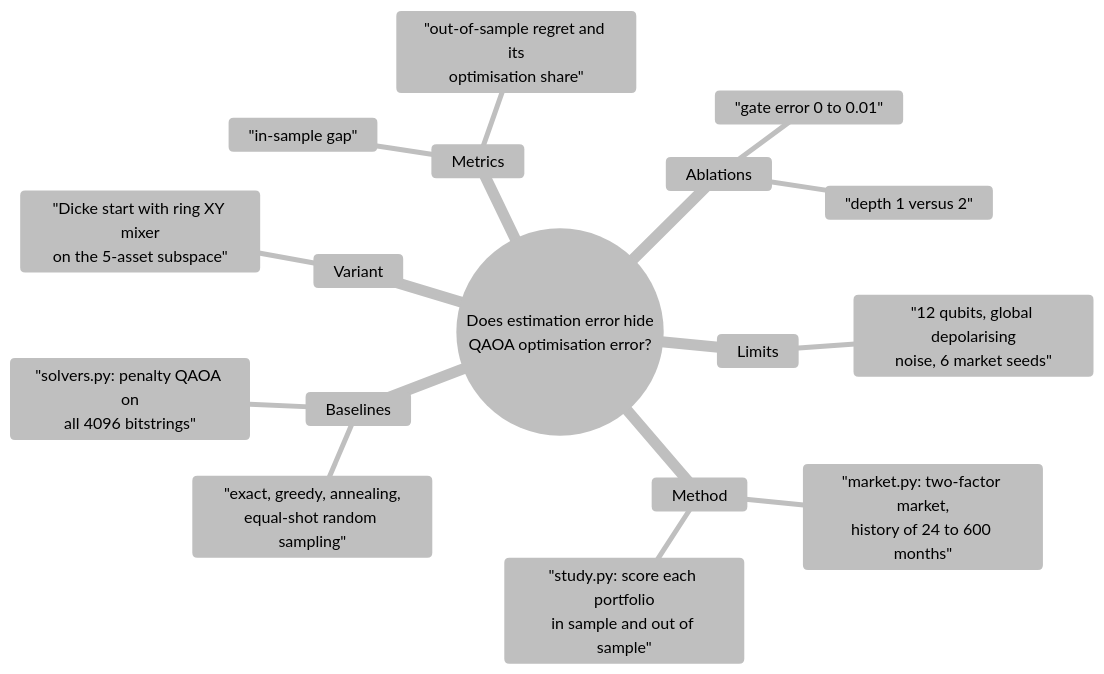
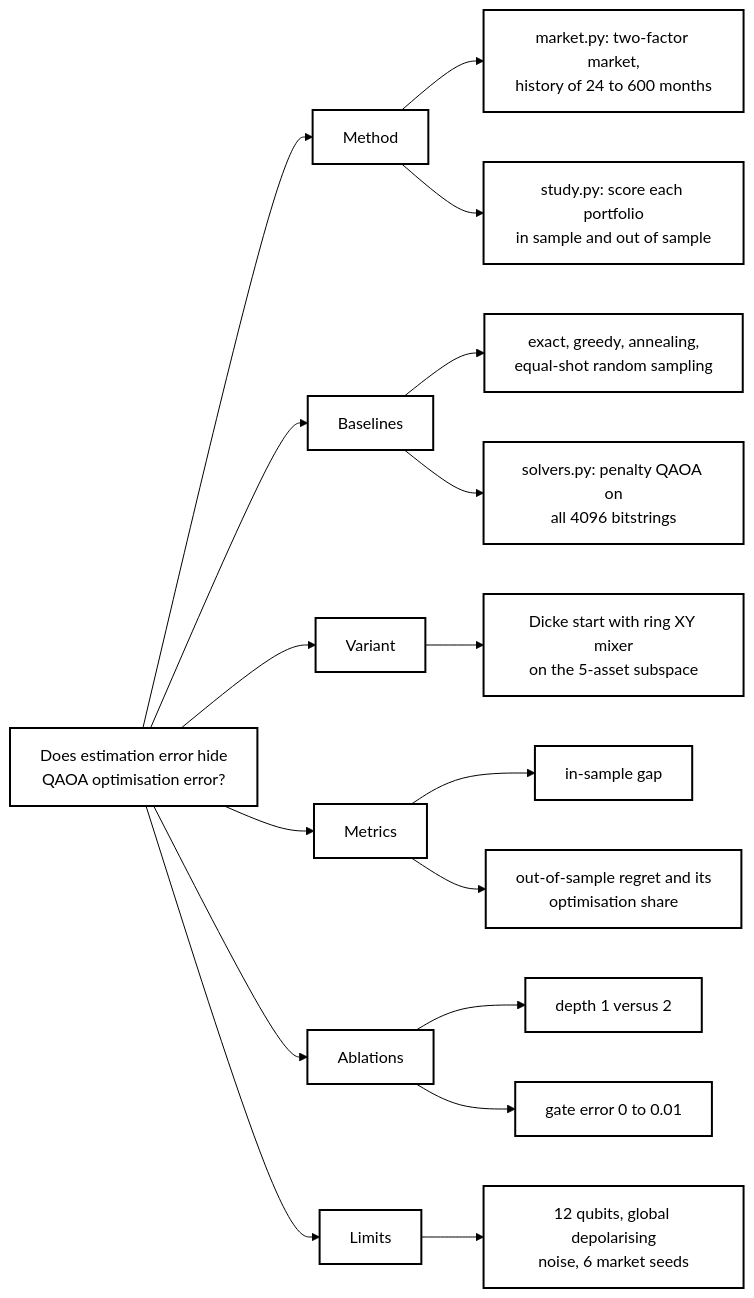
One commit to pradeepdegalaroyal/portfolio-qaoa-estimation-error-floor changed the diagram in README.md. Above: the diagram before and after it, drawn with Mermaid.

Commit message:
Method diagram: use a flowchart so GitHub renders it

````diff
--- a/README.md
+++ b/README.md
@@ -25,21 +25,39 @@
 ```mermaid
 %%{init: {'theme': 'base', 'themeVariables': {'primaryColor': '#ffffff', 'primaryTextColor': '#000000', 'primaryBorderColor': '#000000', 'lineColor': '#000000', 'secondaryColor': '#ffffff', 'tertiaryColor': '#ffffff', 'background': '#ffffff', 'noteBkgColor': '#ffffff', 'noteTextColor': '#000000', 'actorBkg': '#ffffff', 'actorBorder': '#000000', 'actorTextColor': '#000000', 'signalColor': '#000000', 'signalTextColor': '#000000', 'labelBoxBkgColor': '#ffffff', 'labelTextColor': '#000000', 'clusterBkg': '#ffffff', 'clusterBorder': '#000000'}}}%%
-mindmap
-  root(("Does estimation error hide<br/>QAOA optimisation error?"))
-    Method
-      "market.py: two-factor market,<br/>history of 24 to 600 months"
-      "study.py: score each portfolio<br/>in sample and out of sample"
-    Baselines
-      "exact, greedy, annealing,<br/>equal-shot random sampling"
-      "solvers.py: penalty QAOA on<br/>all 4096 bitstrings"
-    Variant
-      "Dicke start with ring XY mixer<br/>on the 5-asset subspace"
-    Metrics
-      "in-sample gap"
-      "out-of-sample regret and its<br/>optimisation share"
-    Ablations
-      "depth 1 versus 2"
-      "gate error 0 to 0.01"
-    Limits
-      "12 qubits, global depolarising<br/>noise, 6 market seeds"
+flowchart LR
+  N0["Does estimation error hide<br/>QAOA optimisation error?"]
+  N1["Method"]
+  N0 --> N1
+  N2["market.py: two-factor market,<br/>history of 24 to 600 months"]
+  N1 --> N2
+  N3["study.py: score each portfolio<br/>in sample and out of sample"]
+  N1 --> N3
+  N4["Baselines"]
+  N0 --> N4
+  N5["exact, greedy, annealing,<br/>equal-shot random sampling"]
+  N4 --> N5
+  N6["solvers.py: penalty QAOA on<br/>all 4096 bitstrings"]
+  N4 --> N6
+  N7["Variant"]
+  N0 --> N7
+  N8["Dicke start with ring XY mixer<br/>on the 5-asset subspace"]
+  N7 --> N8
+  N9["Metrics"]
+  N0 --> N9
+  N10["in-sample gap"]
+  N9 --> N10
+  N11["out-of-sample regret and its<br/>optimisation share"]
+  N9 --> N11
+  N12["Ablations"]
+  N0 --> N12
+  N13["depth 1 versus 2"]
+  N12 --> N13
+  N14["gate error 0 to 0.01"]
+  N12 --> N14
+  N15["Limits"]
+  N0 --> N15
+  N16["12 qubits, global depolarising<br/>noise, 6 market seeds"]
+  N15 --> N16
+  classDef bw fill:#ffffff,stroke:#000000,color:#000000,stroke-width:2px;
+  class N0,N1,N2,N3,N4,N5,N6,N7,N8,N9,N10,N11,N12,N13,N14,N15,N16 bw;
 ```
````
